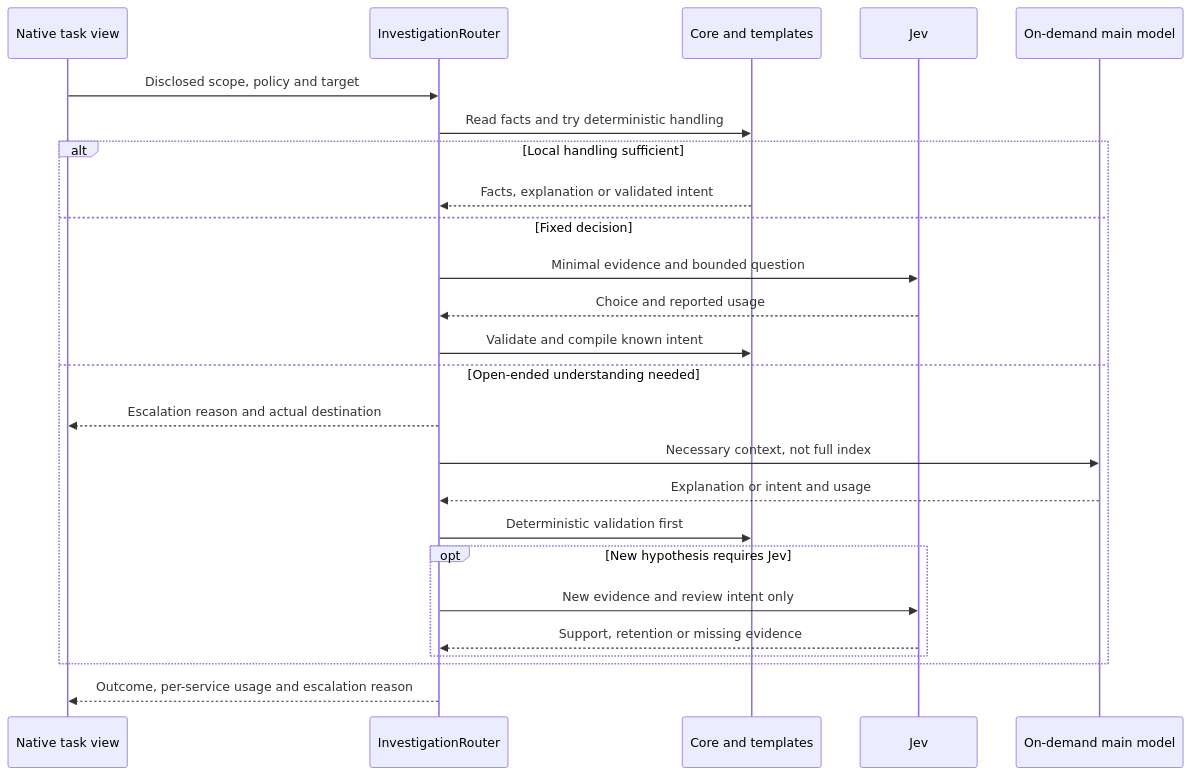
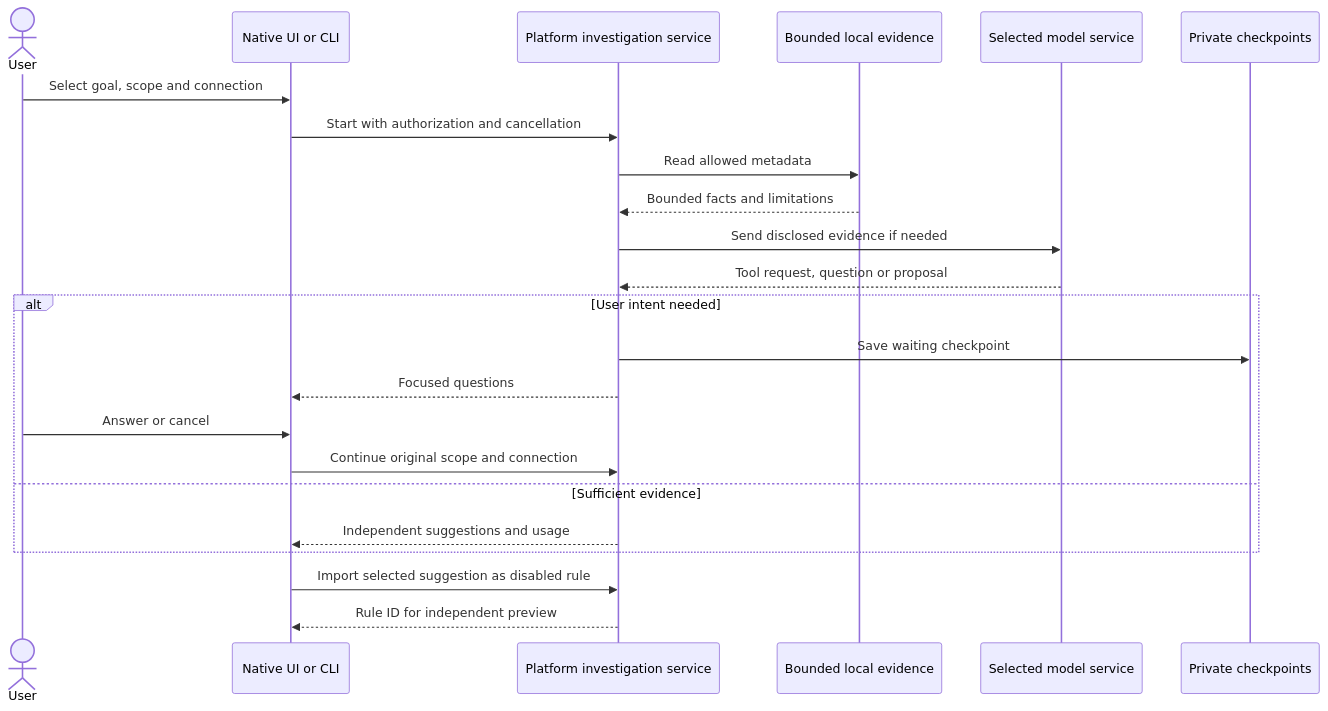
Before and after one commit to limecloud/shou: the third of 4 diagrams in docs/architecture/embedded-ai.md, drawn with Mermaid. The commit also changed other lines of this file and 312 other files, not shown here.

````diff
--- a/docs/architecture/embedded-ai.md
+++ b/docs/architecture/embedded-ai.md
@@ -81,27 +55,25 @@
 ```mermaid
 sequenceDiagram
-    participant UI as Native task view
-    participant R as InvestigationRouter
-    participant C as Core and templates
-    participant J as Jev
-    participant M as On-demand main model
-    UI->>R: Disclosed scope, policy and target
-    R->>C: Read facts and try deterministic handling
-    alt Local handling sufficient
-        C-->>R: Facts, explanation or validated intent
-    else Fixed decision
-        R->>J: Minimal evidence and bounded question
-        J-->>R: Choice and reported usage
-        R->>C: Validate and compile known intent
-    else Open-ended understanding needed
-        R-->>UI: Escalation reason and actual destination
-        R->>M: Necessary context, not full index
-        M-->>R: Explanation or intent and usage
-        R->>C: Deterministic validation first
-        opt New hypothesis requires Jev
-            R->>J: New evidence and review intent only
-            J-->>R: Support, retention or missing evidence
-        end
+    actor User
+    participant UI as Native UI or CLI
+    participant Service as Platform investigation service
+    participant Evidence as Bounded local evidence
+    participant Provider as Selected model service
+    participant Store as Private checkpoints
+    User->>UI: Select goal, scope and connection
+    UI->>Service: Start with authorization and cancellation
+    Service->>Evidence: Read allowed metadata
+    Evidence-->>Service: Bounded facts and limitations
+    Service->>Provider: Send disclosed evidence if needed
+    Provider-->>Service: Tool request, question or proposal
+    alt User intent needed
+        Service->>Store: Save waiting checkpoint
+        Service-->>UI: Focused questions
+        User->>UI: Answer or cancel
+        UI->>Service: Continue original scope and connection
+    else Sufficient evidence
+        Service-->>UI: Independent suggestions and usage
     end
-    R-->>UI: Outcome, per-service usage and escalation reason
+    UI->>Service: Import selected suggestion as disabled rule
+    Service-->>UI: Rule ID for independent preview
 ```
````
